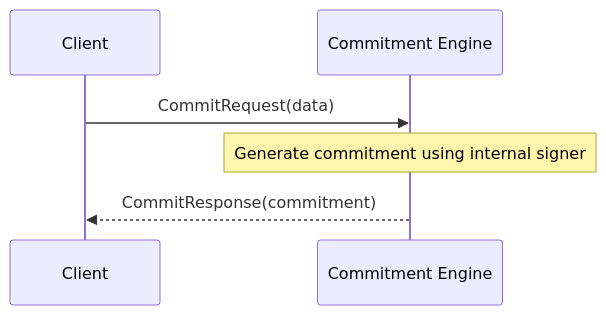
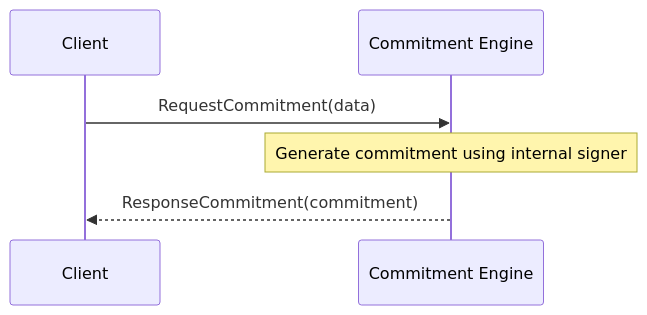
Before and after one commit to anoma/nspec: the diagram in docs/arch/node/engines/commitment_messages.juvix.md, drawn with Mermaid. The commit also changed other lines of this file and 2 other files, not shown here.

Commit message:
WIP on the commitment behaviour

````diff
--- a/docs/arch/node/engines/commitment_messages.juvix.md
+++ b/docs/arch/node/engines/commitment_messages.juvix.md
@@ -77,9 +77,9 @@
 ```mermaid
 sequenceDiagram
     participant C as Client
     participant CE as Commitment Engine
 
-    C->>CE: CommitRequest(data)
+    C->>CE: RequestCommitment(data)
     Note over CE: Generate commitment using internal signer
-    CE-->>C: CommitResponse(commitment)
+    CE-->>C: ResponseCommitment(commitment)
 ```
````
